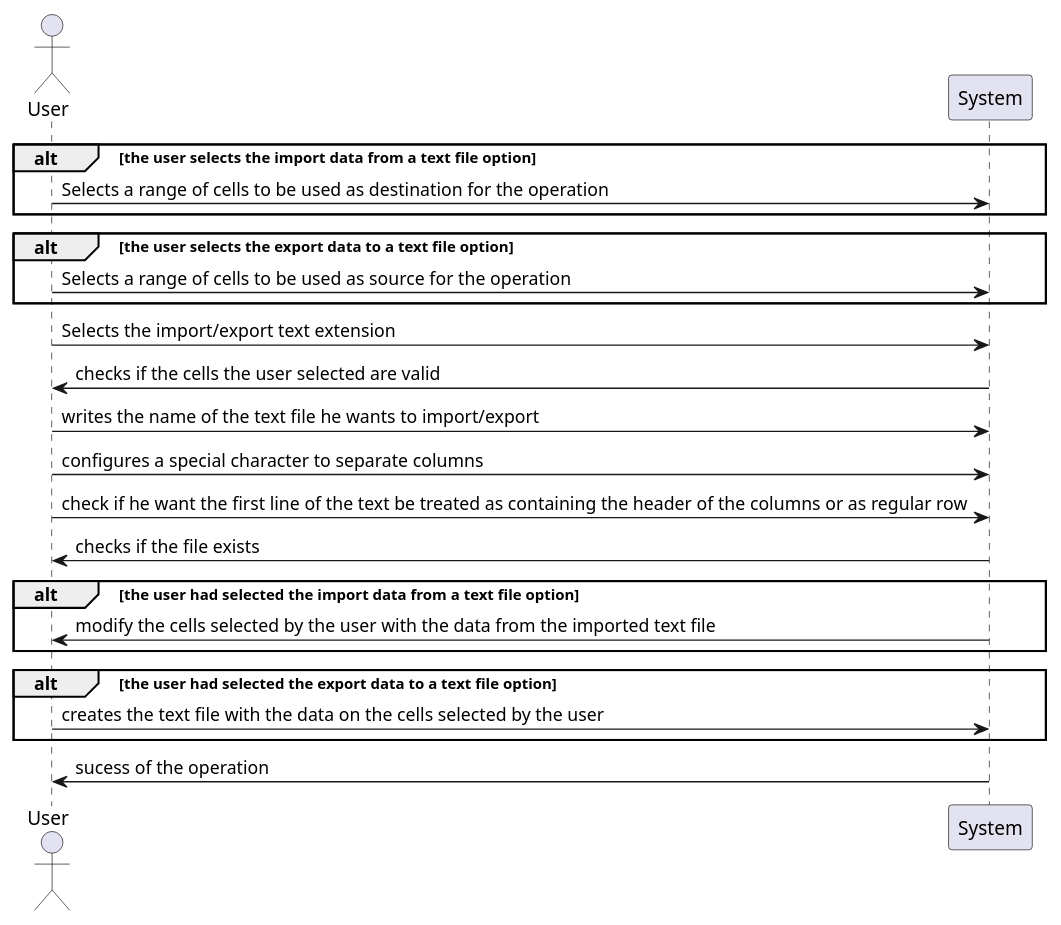
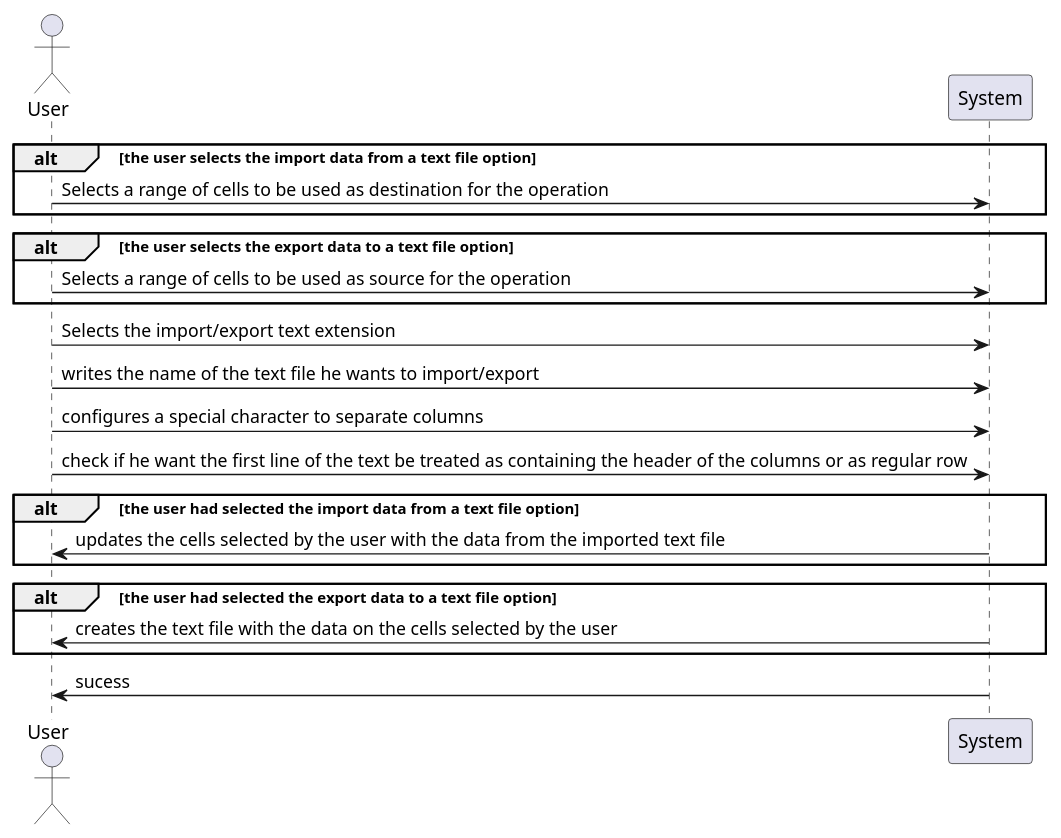
One commit to PeFerreira98/ISEP.Lic.LAPR4_2017 changed the diagram in src/main/java/lapr4/green/s1/ipc/n1130626/importexporttext/ipc04.1_analysis.puml. Above: the diagram before and after it, drawn with PlantUML. The commit also changed 2 other files, not shown here.

```diff
--- a/src/main/java/lapr4/green/s1/ipc/n1130626/importexporttext/ipc04.1_analysis.puml
+++ b/src/main/java/lapr4/green/s1/ipc/n1130626/importexporttext/ipc04.1_analysis.puml
@@ -1,32 +1,30 @@
 @startuml ipc04.1_analysis.png
 
 actor User
 
 participant "System" as s
 
 alt the user selects the import data from a text file option
 User->s: Selects a range of cells to be used as destination for the operation
 end
 
 alt the user selects the export data to a text file option
 User->s: Selects a range of cells to be used as source for the operation
 end
 
 User->s: Selects the import/export text extension
-s->User: checks if the cells the user selected are valid
 User->s: writes the name of the text file he wants to import/export
 User->s: configures a special character to separate columns
 User->s: check if he want the first line of the text be treated as containing the header of the columns or as regular row
-s->User: checks if the file exists
 
 alt the user had selected the import data from a text file option
-s->User: modify the cells selected by the user with the data from the imported text file
+s->User: updates the cells selected by the user with the data from the imported text file
 end
 
 alt the user had selected the export data to a text file option
-User->s: creates the text file with the data on the cells selected by the user
+s->User: creates the text file with the data on the cells selected by the user
 end
 
-s->User: sucess of the operation
+s->User: sucess
 
 @enduml
```
